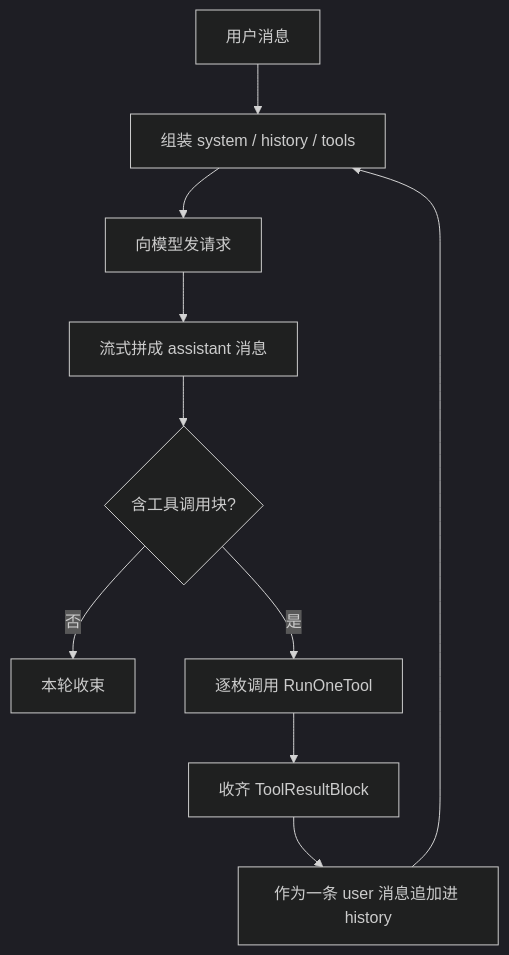
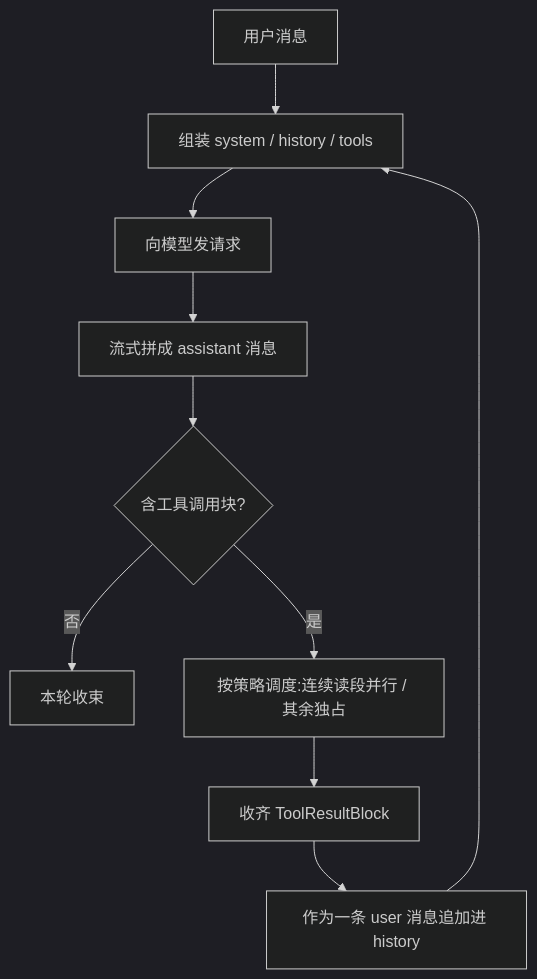
Before and after one commit to relic-yuexi/LubanCode: the first of 2 diagrams in docs/architecture/tool-calling-flow.md, drawn with Mermaid (dark theme). The commit also changed other lines of this file and 17 other files, not shown here.

````diff
--- a/docs/architecture/tool-calling-flow.md
+++ b/docs/architecture/tool-calling-flow.md
@@ -18,14 +18,14 @@
 ```mermaid
 flowchart TD
     accTitle: 工具调用总流程
     accDescr: 宿主组装请求并接收模型消息；若消息含工具调用，便逐枚执行、收齐结果、追加历史，再发下一步请求。
     U[用户消息] --> B[组装 system / history / tools]
     B --> API[向模型发请求]
     API --> A[流式拼成 assistant 消息]
     A --> Q{含工具调用块?}
     Q -- 否 --> Z[本轮收束]
-    Q -- 是 --> L[逐枚调用 RunOneTool]
+    Q -- 是 --> L[按策略调度:连续读段并行 / 其余独占]
     L --> R[收齐 ToolResultBlock]
     R --> H[作为一条 user 消息追加进 history]
     H --> B
 ```
````
